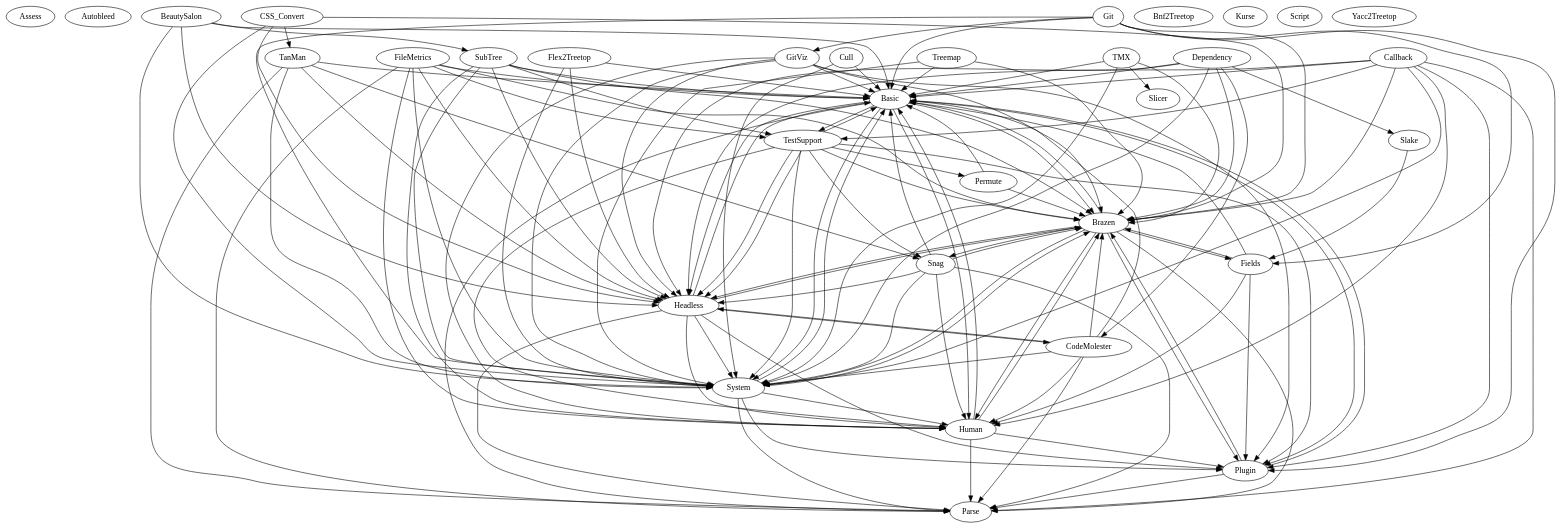
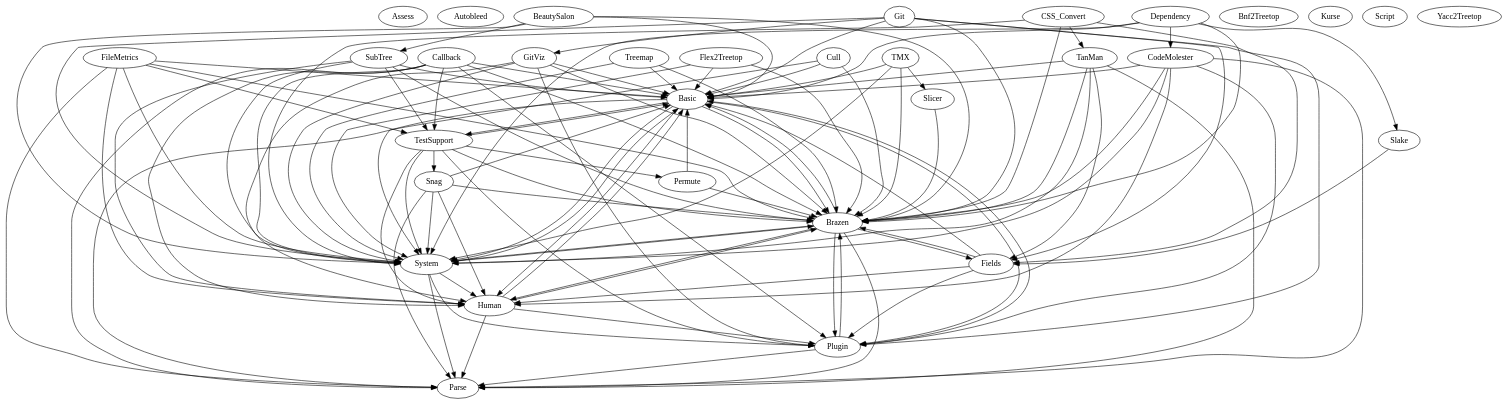
The diagram in lib/skylab/slicer/doc/issues/001-sidesystem-dependency-visualizations/01-use-this-one.dot (hipe/tmx), drawn with Graphviz before and after one commit. The commit also changed 84 other files, not shown here.

```diff
--- a/lib/skylab/slicer/doc/issues/001-sidesystem-dependency-visualizations/01-use-this-one.dot
+++ b/lib/skylab/slicer/doc/issues/001-sidesystem-dependency-visualizations/01-use-this-one.dot
@@ -1,161 +1,144 @@
 digraph {
   as [ label="Assess" ]
   au [ label="Autobleed" ]
   ba [ label="Basic" ]
   bs [ label="BeautySalon" ]
   b2 [ label="Bnf2Treetop" ]
   br [ label="Brazen" ]
   ca [ label="Callback" ]
   cm [ label="CodeMolester" ]
   cs [ label="CSS_Convert" ]
   cu [ label="Cull" ]
   de [ label="Dependency" ]
   fi [ label="Fields" ]
   fm [ label="FileMetrics" ]
   f2 [ label="Flex2Treetop" ]
   gi [ label="Git" ]
   gv [ label="GitViz" ]
-  he [ label="Headless" ]
   hu [ label="Human" ]
   ku [ label="Kurse" ]
   pa [ label="Parse" ]
   pe [ label="Permute" ]
   pl [ label="Plugin" ]
   sc [ label="Script" ]
   sla [ label="Slake" ]
   sli [ label="Slicer" ]
   sn [ label="Snag" ]
   st [ label="SubTree" ]
   sy [ label="System" ]
   tan [ label="TanMan" ]
   tmx [ label="TMX" ]
   ts [ label="TestSupport" ]
   tr [ label="Treemap" ]
   y2 [ label="Yacc2Treetop" ]
   ba -> br
-  ba -> he
   ba -> hu
   ba -> pa
   ba -> pl
   ba -> sy
   ba -> ts
   bs -> ba
-  bs -> he
+  bs -> br
   bs -> st
   bs -> sy
   br -> ba
   br -> fi
-  br -> he
   br -> hu
   br -> pa
   br -> pl
-  br -> sn
   br -> sy
   ca -> ba
   ca -> br
-  ca -> he
   ca -> hu
   ca -> pa
   ca -> pl
   ca -> sy
   ca -> ts
   cm -> ba
   cm -> br
-  cm -> he
+  cm -> hu
   cm -> pa
-  cm -> hu
+  cm -> pl
   cm -> sy
   cs -> br
-  cs -> he
+  cs -> fi
   cs -> sy
   cs -> tan
   cu -> ba
+  cu -> br
   cu -> sy
   de -> ba
   de -> br
-  de -> he
   de -> cm
   de -> sla
   de -> sy
   fi -> ba
   fi -> br
   fi -> hu
   fi -> pl
   fm -> br
   fm -> ba
-  fm -> he
   fm -> hu
   fm -> pa
   fm -> sy
   fm -> ts
   f2 -> ba
-  f2 -> he
+  f2 -> br
   f2 -> sy
   gi -> ba
   gi -> br
   gi -> fi
   gi -> gv
   gi -> pl
   gi -> sy
   gv -> br
   gv -> ba
-  gv -> he
   gv -> hu
   gv -> pl
   gv -> sy
-  he -> ba
-  he -> br
-  he -> cm
-  he -> hu
-  he -> pa
-  he -> pl
-  he -> sy
   hu -> ba
   hu -> br
   hu -> pa
   hu -> pl
   pe -> ba
   pe -> br
   pl -> ba
   pl -> br
   pl -> pa
   sla -> fi
+  sli -> br
   sn -> ba
   sn -> br
-  sn -> he
   sn -> hu
   sn -> pa
   sn -> sy
   st -> ba
   st -> br
-  st -> he
   st -> hu
   st -> sy
   st -> ts
   sy -> ba
   sy -> br
   sy -> hu
   sy -> pa
   sy -> pl
   tan -> ba
-  tan -> he
+  tan -> br
+  tan -> fi
   tan -> pa
-  tan -> sn
   tan -> sy
   ts -> ba
   ts -> br
-  ts -> he
   ts -> pe
   ts -> pl
   ts -> sn
   ts -> hu
-  ts -> he
   ts -> sy
   tmx -> ba
   tmx -> br
   tmx -> sli
   tmx -> sy
   tr -> ba
   tr -> br
   tr -> sy
 }
```
